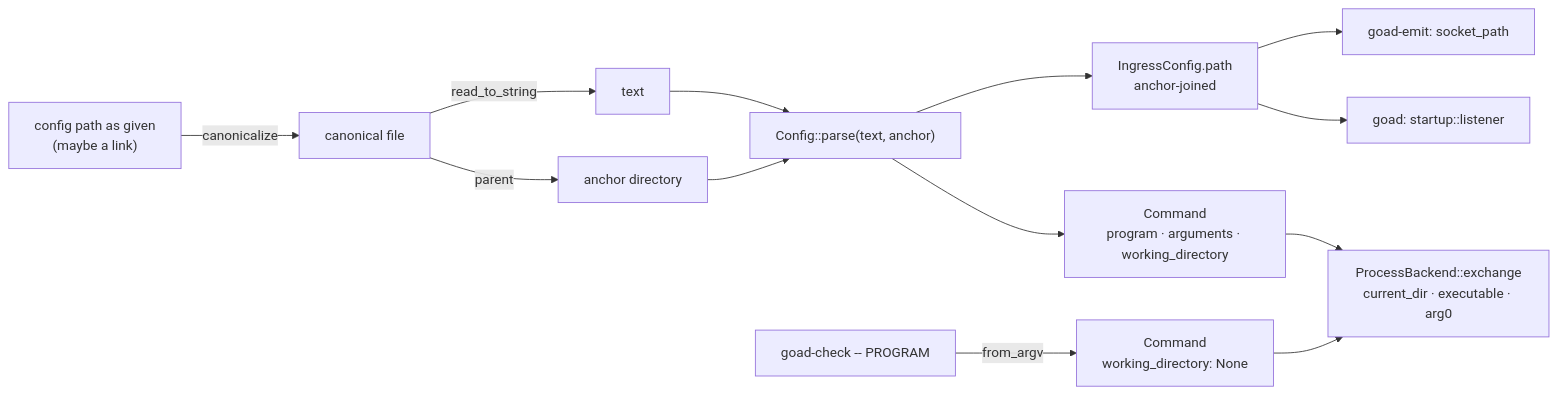
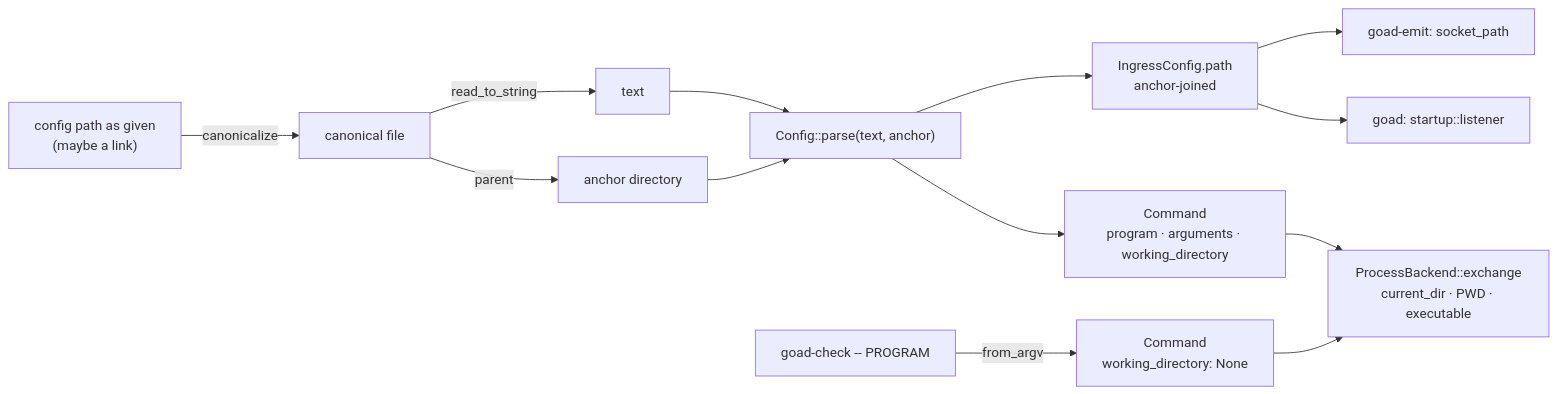
The first of 2 diagrams in docs/slices/015/design.md (davidlee/goad), drawn with Mermaid before and after one commit. The commit also changed other lines of this file and 5 other files, not shown here.

````diff
--- a/docs/slices/015/design.md
+++ b/docs/slices/015/design.md
@@ -68,15 +68,15 @@
 ```mermaid
 flowchart LR
   P["config path as given<br/>(maybe a link)"] -->|canonicalize| C["canonical file"]
   C -->|parent| D["anchor directory"]
   C -->|read_to_string| T["text"]
   T --> PARSE["Config::parse(text, anchor)"]
   D --> PARSE
   PARSE --> CMD["Command<br/>program · arguments · working_directory"]
   PARSE --> ING["IngressConfig.path<br/>anchor-joined"]
-  CMD --> PB["ProcessBackend::exchange<br/>current_dir · executable · arg0"]
+  CMD --> PB["ProcessBackend::exchange<br/>current_dir · PWD · executable"]
   ING --> L["goad: startup::listener"]
   ING --> E["goad-emit: socket_path"]
   ARGV["goad-check -- PROGRAM"] -->|from_argv| CMD0["Command<br/>working_directory: None"]
   CMD0 --> PB
 ```
````
